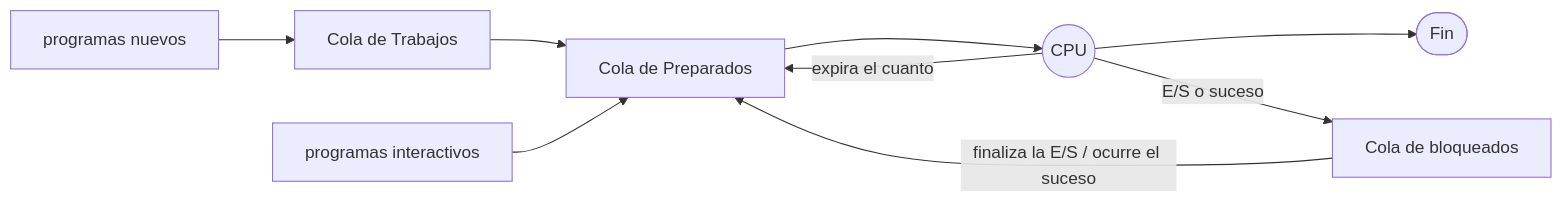
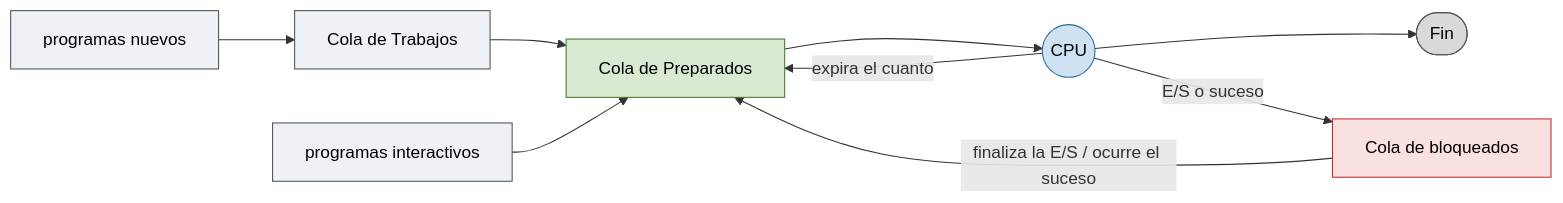
The first of 8 diagrams in TEORIA/03-procesos-e-hilos/README.md (asiermarzo/ssoo), drawn with Mermaid before and after one commit. The commit also changed other lines of this file and 25 other files, not shown here.

Commit message:
refinado de diagramas mermaid y svg

````diff
--- a/TEORIA/03-procesos-e-hilos/README.md
+++ b/TEORIA/03-procesos-e-hilos/README.md
@@ -208,11 +207,22 @@
 ```mermaid
 flowchart LR
     NEW["programas nuevos"] --> JQ[Cola de Trabajos]
     JQ --> RQ[Cola de Preparados]
     INT["programas interactivos"] --> RQ
     RQ --> CPU((CPU))
     CPU --> FIN([Fin])
     CPU -->|expira el cuanto| RQ
     CPU -->|E/S o suceso| BQ[Cola de bloqueados]
     BQ -->|finaliza la E/S / ocurre el suceso| RQ
+
+    classDef nuevo fill:#eef2f7,stroke:#555,color:#000;
+    classDef listo fill:#d9ead3,stroke:#4d7a33,color:#000;
+    classDef ejecutando fill:#cfe2f3,stroke:#2b6f99,color:#000;
+    classDef bloqueado fill:#fbe0e0,stroke:#b33,color:#000;
+    classDef fin fill:#d9d9d9,stroke:#555,color:#000;
+    class NEW,INT,JQ nuevo;
+    class RQ listo;
+    class CPU ejecutando;
+    class BQ bloqueado;
+    class FIN fin;
 ```
````
